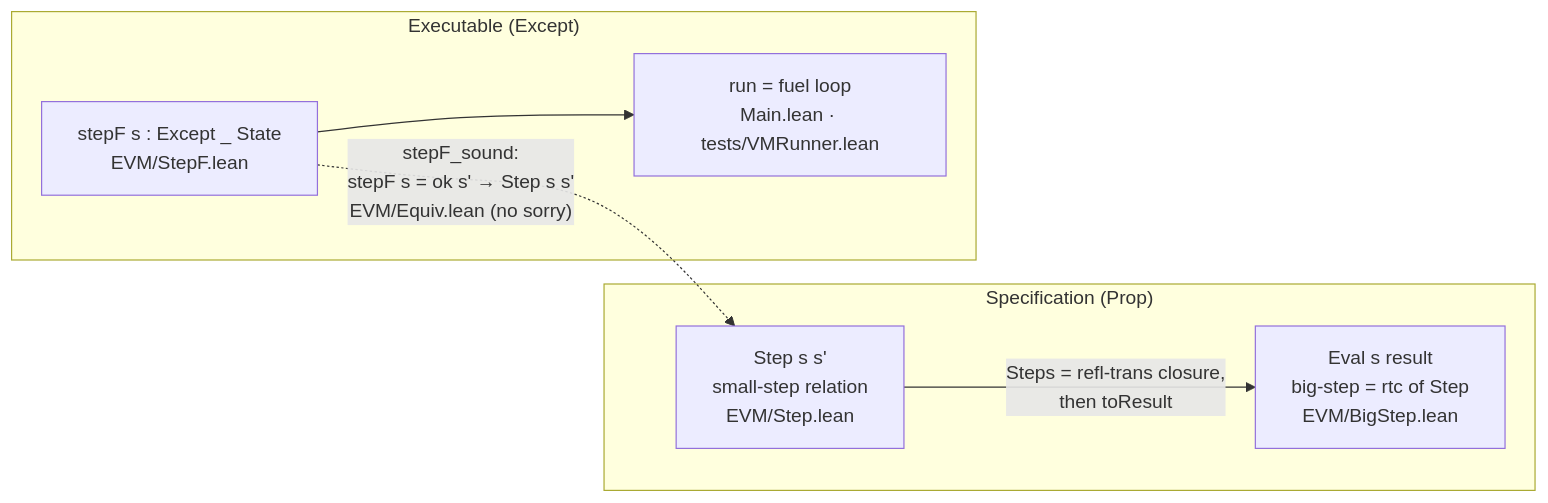
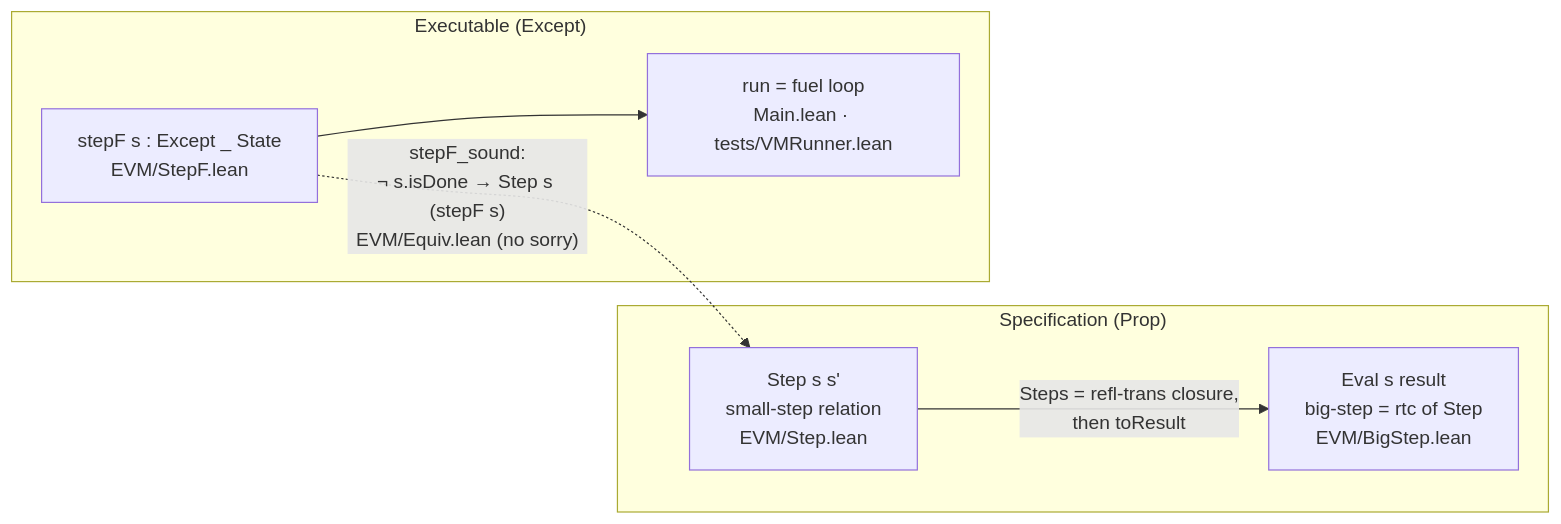
The third of 3 diagrams in ARCHITECTURE.md (powdr-labs/evm-semantics), drawn with Mermaid before and after one commit. The commit also changed other lines of this file and 24 other files, not shown here.

````diff
--- a/ARCHITECTURE.md
+++ b/ARCHITECTURE.md
@@ -524,14 +537,14 @@
 ```mermaid
 flowchart LR
     subgraph "Specification (Prop)"
         Step["Step s s'<br/>small-step relation<br/>EVM/Step.lean"]
         Eval["Eval s result<br/>big-step = rtc of Step<br/>EVM/BigStep.lean"]
         Step -->|"Steps = refl-trans closure,<br/>then toResult"| Eval
     end
     subgraph "Executable (Except)"
         StepF["stepF s : Except _ State<br/>EVM/StepF.lean"]
         Run["run = fuel loop<br/>Main.lean · tests/VMRunner.lean"]
         StepF --> Run
     end
-    StepF -.->|"stepF_sound:<br/>stepF s = ok s' → Step s s'<br/>EVM/Equiv.lean (no sorry)"| Step
+    StepF -.->|"stepF_sound:<br/>¬ s.isDone → Step s (stepF s)<br/>EVM/Equiv.lean (no sorry)"| Step
 ```
````
